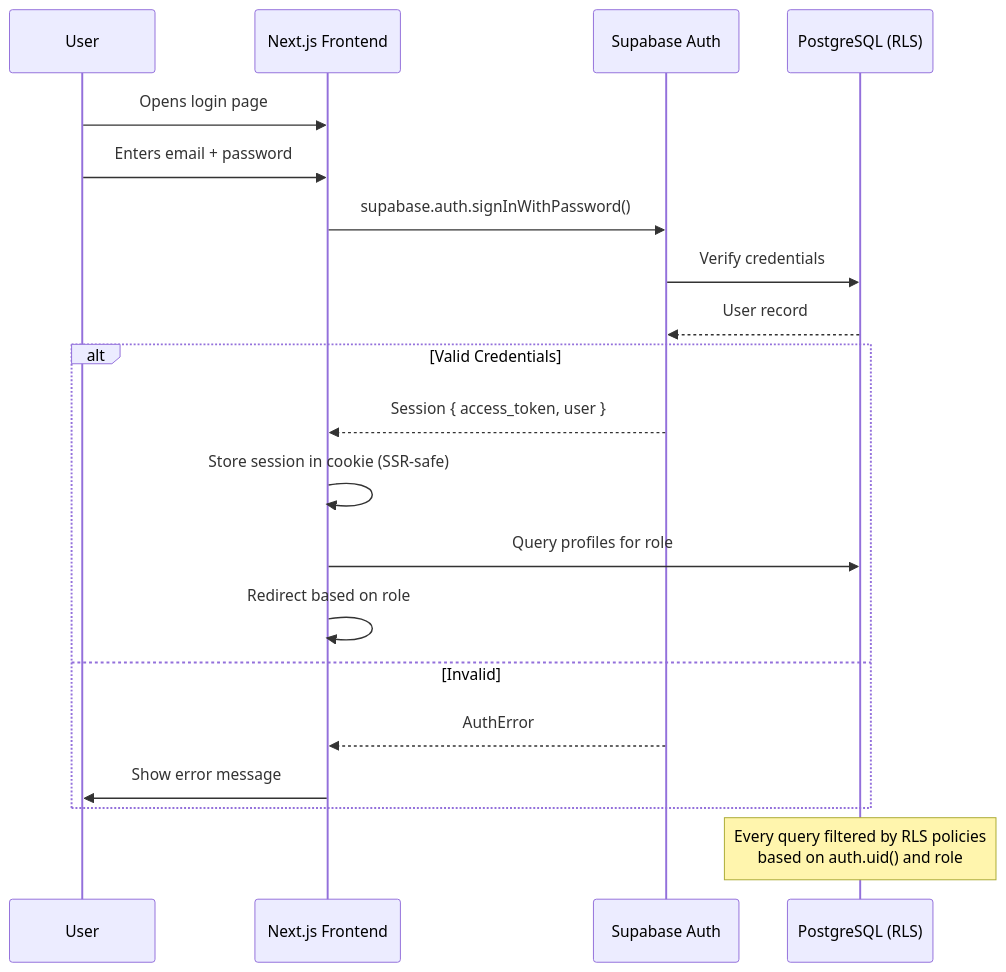
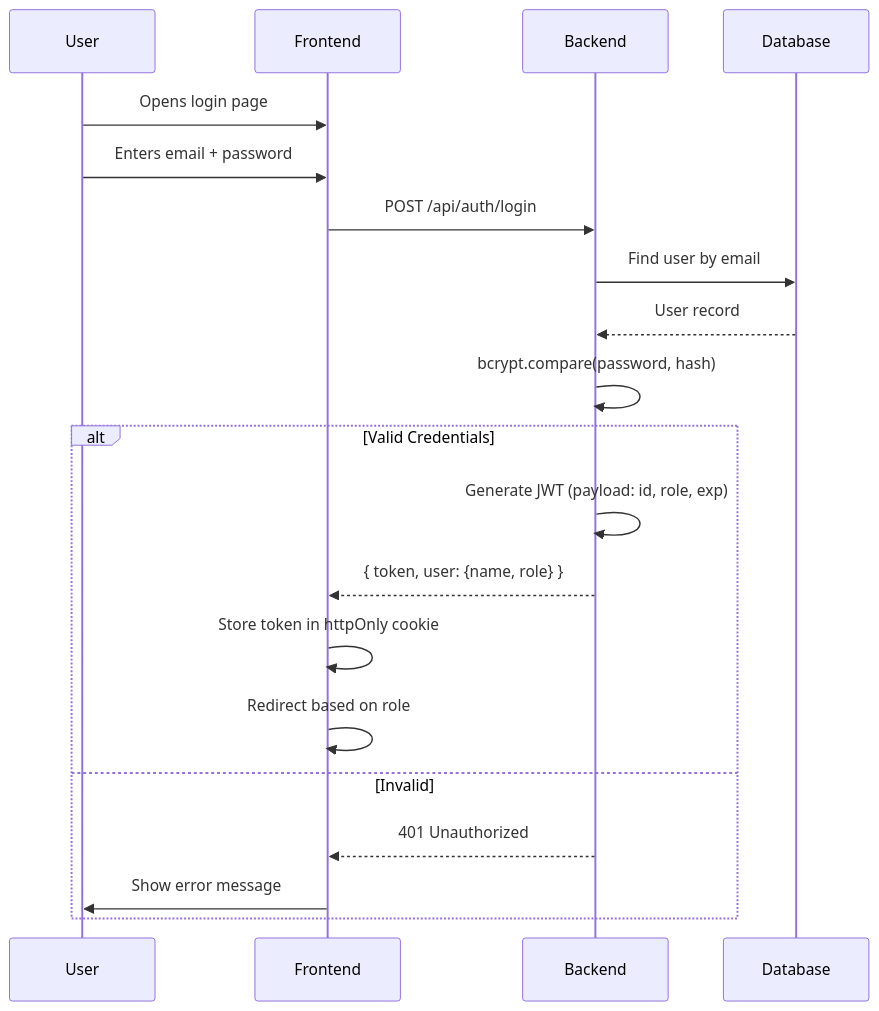
One commit to ccial-colombia/appweb changed the fifth of 5 diagrams in documents/Plan for CCI AL Colombia.md. Above: the diagram before and after it, drawn with Mermaid. The commit also changed other lines of this file and 19 other files, not shown here.

````diff
--- a/documents/Plan for CCI AL Colombia.md
+++ b/documents/Plan for CCI AL Colombia.md
@@ -292,23 +375,23 @@
 ```mermaid
 sequenceDiagram
     participant U as User
-    participant F as Next.js Frontend
-    participant SA as Supabase Auth
-    participant DB as PostgreSQL (RLS)
+    participant F as Frontend
+    participant B as Backend
+    participant DB as Database
 
     U->>F: Opens login page
     U->>F: Enters email + password
-    F->>SA: supabase.auth.signInWithPassword()
-    SA->>DB: Verify credentials
-    DB-->>SA: User record
+    F->>B: POST /api/auth/login
+    B->>DB: Find user by email
+    DB-->>B: User record
+    B->>B: bcrypt.compare(password, hash)
     alt Valid Credentials
-        SA-->>F: Session { access_token, user }
-        F->>F: Store session in cookie (SSR-safe)
-        F->>DB: Query profiles for role
+        B->>B: Generate JWT (payload: id, role, exp)
+        B-->>F: { token, user: {name, role} }
+        F->>F: Store token in httpOnly cookie
         F->>F: Redirect based on role
     else Invalid
-        SA-->>F: AuthError
+        B-->>F: 401 Unauthorized
         F->>U: Show error message
     end
-    Note over DB: Every query filtered by RLS policies<br/>based on auth.uid() and role
 ```
````
